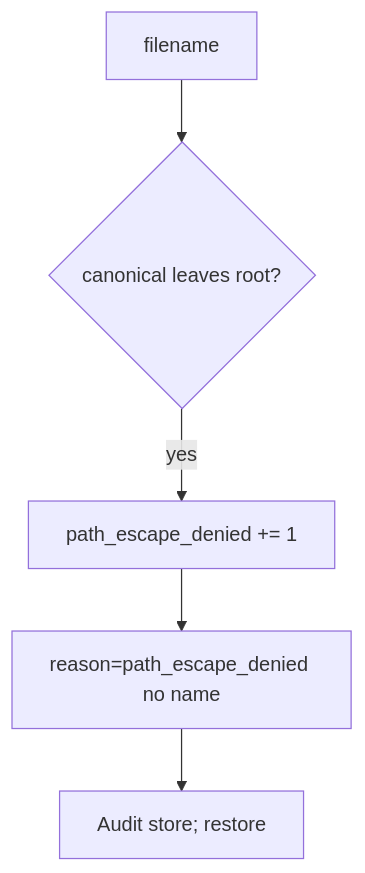
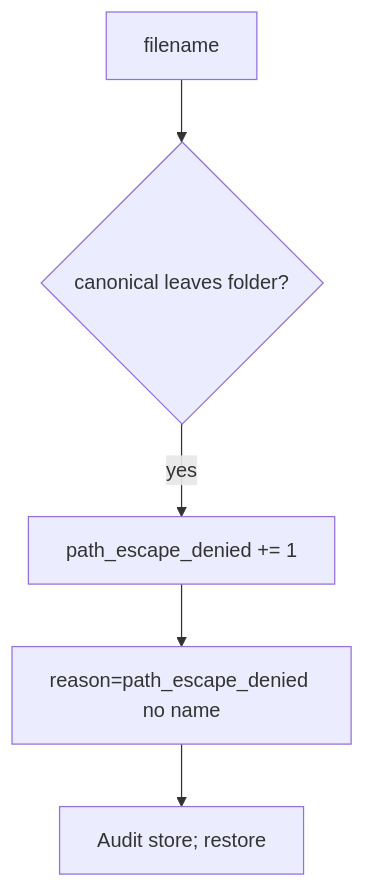
One commit to ishitvagoel/LearnSecurity changed the diagram in content/modules/6/6.4/lessons/06-operate.md. Above: the diagram before and after it, drawn with Mermaid. The commit also changed other lines of this file and 55 other files, not shown here.

````diff
--- a/content/modules/6/6.4/lessons/06-operate.md
+++ b/content/modules/6/6.4/lessons/06-operate.md
@@ -13,7 +12,7 @@
 ```mermaid
 flowchart TD
-  Name[filename] --> Esc{"canonical leaves root?"}
+  Name[filename] --> Esc{"canonical leaves folder?"}
   Esc -->|yes| Metric["path_escape_denied += 1"]
   Metric --> Alert["reason=path_escape_denied no name"]
   Alert --> Audit[Audit store; restore]
 ```
````
